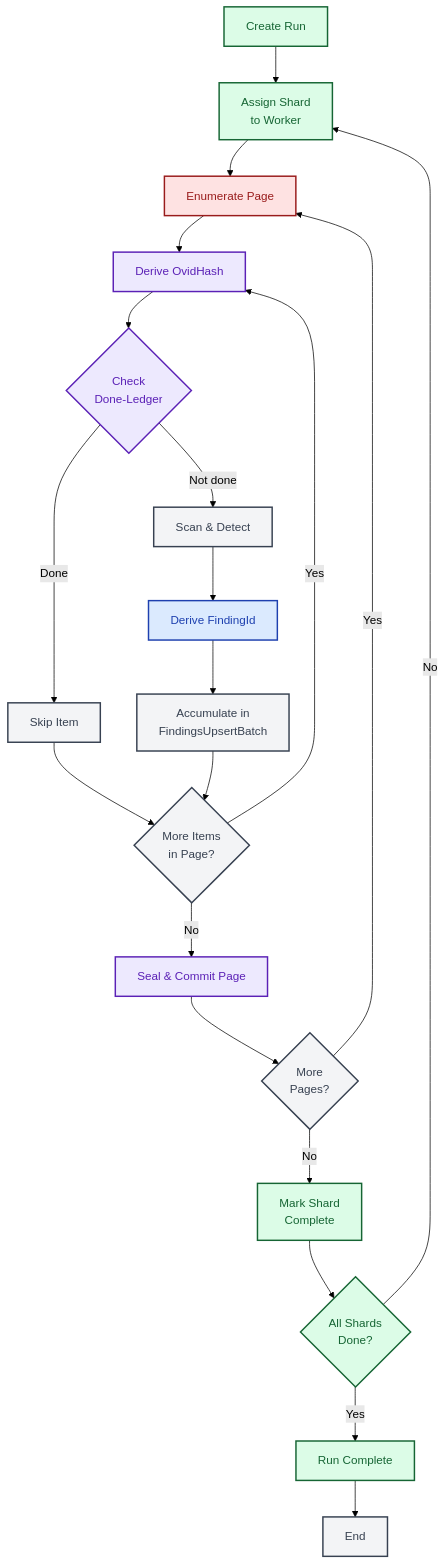
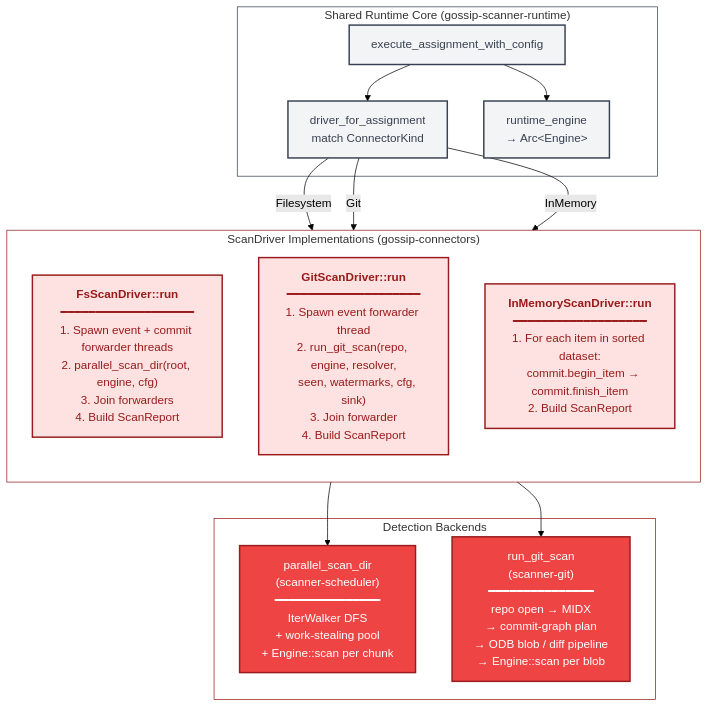
The second of 4 diagrams in diagrams/04-end-to-end-scan-flow.md (ahrav/Gossip-rs), drawn with Mermaid (forest theme) before and after one commit. The commit also changed other lines of this file and 8 other files, not shown here.

First line of the commit message:
Refactor end-to-end scan flow doc to driver architecture

````diff
--- a/diagrams/04-end-to-end-scan-flow.md
+++ b/diagrams/04-end-to-end-scan-flow.md
@@ -186,57 +88,43 @@
 ```mermaid
-%% Diagram: simplified-scan-overview-flowchart
-graph TD
-    A["Create Run"]
-    B["Assign Shard<br/>to Worker"]
-    C["Enumerate Page"]
-    D["Derive OvidHash"]
-    E{"Check<br/>Done-Ledger"}
-    F["Skip Item"]
-    G["Scan & Detect"]
-    H["Derive FindingId"]
-    I["Accumulate in<br/>FindingsUpsertBatch"]
-    J{"More Items<br/>in Page?"}
-    K["Seal & Commit Page"]
-    L{"More<br/>Pages?"}
-    M["Mark Shard<br/>Complete"]
-    N{"All Shards<br/>Done?"}
-    O["Run Complete"]
-    P["End"]
+%% Diagram: driver-internal-architecture
+graph TB
+    subgraph shared ["Shared Runtime Core (gossip-scanner-runtime)"]
+        EX["execute_assignment_with_config"]
+        DFA["driver_for_assignment<br/>match ConnectorKind"]
+        ENG["runtime_engine<br/>→ Arc&lt;Engine&gt;"]
+    end
 
-    A --> B
-    B --> C
-    C --> D
-    D --> E
-    E -- "Done" --> F
-    E -- "Not done" --> G
-    F --> J
-    G --> H
-    H --> I
-    I --> J
-    J -- "Yes" --> D
-    J -- "No" --> K
-    K --> L
-    L -- "Yes" --> C
-    L -- "No" --> M
-    M --> N
-    N -- "Yes" --> O
-    N -- "No" --> B
-    O --> P
+    subgraph drivers ["ScanDriver Implementations (gossip-connectors)"]
+        direction TB
+        FS["<b>FsScanDriver::run</b><br/>━━━━━━━━━━━━━━━━━━━<br/>1. Spawn event + commit forwarder threads<br/>2. parallel_scan_dir(root, engine, cfg)<br/>3. Join forwarders<br/>4. Build ScanReport"]
+        GIT["<b>GitScanDriver::run</b><br/>━━━━━━━━━━━━━━━━━━━<br/>1. Spawn event forwarder thread<br/>2. run_git_scan(repo, engine, resolver,<br/>   seen, watermarks, cfg, sink)<br/>3. Join forwarder<br/>4. Build ScanReport"]
+        MEM["<b>InMemoryScanDriver::run</b><br/>━━━━━━━━━━━━━━━━━━━<br/>1. For each item in sorted dataset:<br/>   commit.begin_item → commit.finish_item<br/>2. Build ScanReport"]
+    end
 
-    style A fill:#DCFCE7,stroke:#166534,stroke-width:2px,color:#166534
-    style B fill:#DCFCE7,stroke:#166534,stroke-width:2px,color:#166534
-    style C fill:#FEE2E2,stroke:#991B1B,stroke-width:2px,color:#991B1B
-    style D fill:#EDE9FE,stroke:#5B21B6,stroke-width:2px,color:#5B21B6
-    style E fill:#EDE9FE,stroke:#5B21B6,stroke-width:2px,color:#5B21B6
-    style F fill:#F3F4F6,stroke:#374151,stroke-width:2px,color:#374151
-    style G fill:#F3F4F6,stroke:#374151,stroke-width:2px,color:#374151
-    style H fill:#DBEAFE,stroke:#1E40AF,stroke-width:2px,color:#1E40AF
-    style I fill:#F3F4F6,stroke:#374151,stroke-width:2px,color:#374151
-    style J fill:#F3F4F6,stroke:#374151,stroke-width:2px,color:#374151
-    style K fill:#EDE9FE,stroke:#5B21B6,stroke-width:2px,color:#5B21B6
-    style L fill:#F3F4F6,stroke:#374151,stroke-width:2px,color:#374151
-    style M fill:#DCFCE7,stroke:#166534,stroke-width:2px,color:#166534
-    style N fill:#DCFCE7,stroke:#166534,stroke-width:2px,color:#166534
-    style O fill:#DCFCE7,stroke:#166534,stroke-width:2px,color:#166534
-    style P fill:#F3F4F6,stroke:#374151,stroke-width:2px,color:#374151
+    subgraph engines ["Detection Backends"]
+        PSD["parallel_scan_dir<br/>(scanner-scheduler)<br/>━━━━━━━━━━━━━━━<br/>IterWalker DFS<br/>+ work-stealing pool<br/>+ Engine::scan per chunk"]
+        RGS["run_git_scan<br/>(scanner-git)<br/>━━━━━━━━━━━━━━━<br/>repo open → MIDX<br/>→ commit-graph plan<br/>→ ODB blob / diff pipeline<br/>→ Engine::scan per blob"]
+    end
+
+    EX --> DFA
+    EX --> ENG
+    DFA -->|Filesystem| FS
+    DFA -->|Git| GIT
+    DFA -->|InMemory| MEM
+
+    FS --> PSD
+    GIT --> RGS
+
+    style shared fill:none,stroke:#374151,stroke-width:1px
+    style drivers fill:none,stroke:#991B1B,stroke-width:1px
+    style engines fill:none,stroke:#991B1B,stroke-width:1px
+
+    style EX fill:#F3F4F6,stroke:#374151,stroke-width:2px,color:#374151
+    style DFA fill:#F3F4F6,stroke:#374151,stroke-width:2px,color:#374151
+    style ENG fill:#F3F4F6,stroke:#374151,stroke-width:2px,color:#374151
+    style FS fill:#FEE2E2,stroke:#991B1B,stroke-width:2px,color:#991B1B
+    style GIT fill:#FEE2E2,stroke:#991B1B,stroke-width:2px,color:#991B1B
+    style MEM fill:#FEE2E2,stroke:#991B1B,stroke-width:2px,color:#991B1B
+    style PSD fill:#EF4444,stroke:#991B1B,stroke-width:2px,color:#FFFFFF
+    style RGS fill:#EF4444,stroke:#991B1B,stroke-width:2px,color:#FFFFFF
 ```
````
